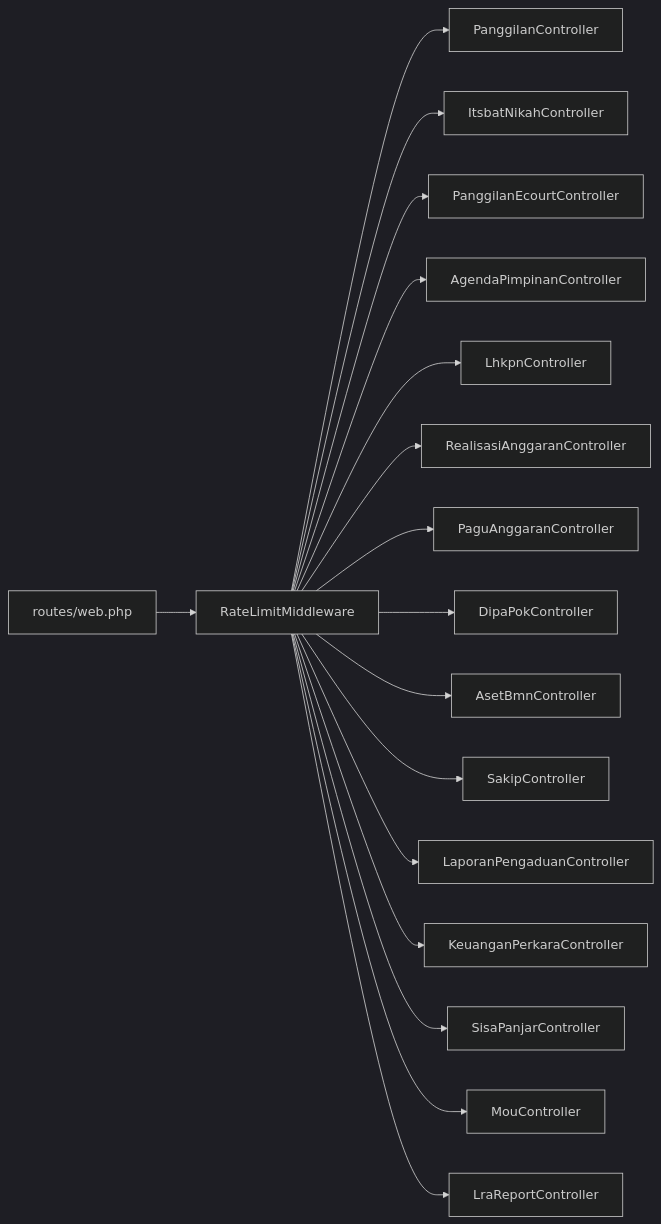
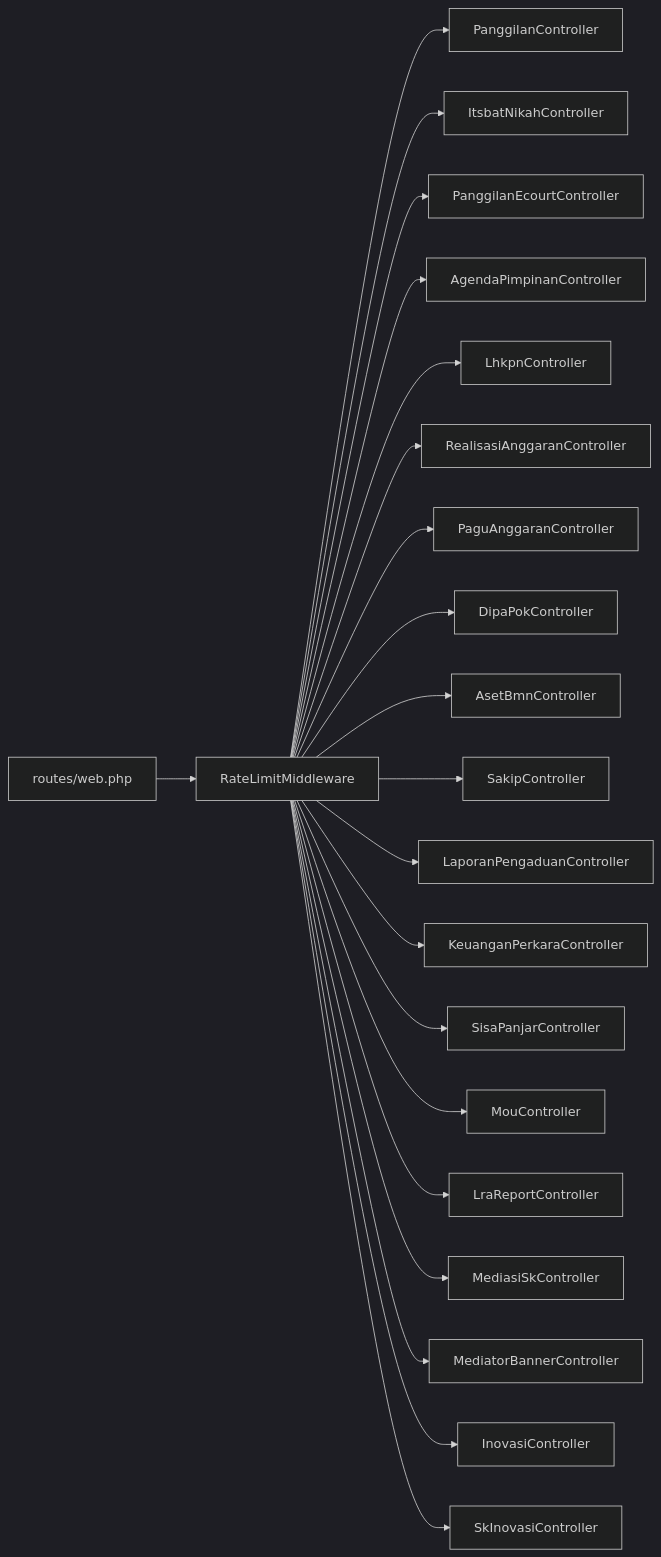
Before and after one commit to backuppapnj/api-web: the third of 3 diagrams in .qoder/repowiki/en/content/API Reference/Public Endpoints (Read-Only)/Public Endpoints (Read-Only).md, drawn with Mermaid (dark theme). The commit also changed other lines of this file and 13 other files, not shown here.

````diff
--- a/.qoder/repowiki/en/content/API Reference/Public Endpoints (Read-Only)/Public Endpoints (Read-Only).md
+++ b/.qoder/repowiki/en/content/API Reference/Public Endpoints (Read-Only)/Public Endpoints (Read-Only).md
@@ -498,19 +602,23 @@
 ```mermaid
 graph LR
 R["routes/web.php"] --> MW["RateLimitMiddleware"]
 MW --> C1["PanggilanController"]
 MW --> C2["ItsbatNikahController"]
 MW --> C3["PanggilanEcourtController"]
 MW --> C4["AgendaPimpinanController"]
 MW --> C5["LhkpnController"]
 MW --> C6["RealisasiAnggaranController"]
 MW --> C7["PaguAnggaranController"]
 MW --> C8["DipaPokController"]
 MW --> C9["AsetBmnController"]
 MW --> C10["SakipController"]
 MW --> C11["LaporanPengaduanController"]
 MW --> C12["KeuanganPerkaraController"]
 MW --> C13["SisaPanjarController"]
 MW --> C14["MouController"]
 MW --> C15["LraReportController"]
+MW --> C16["MediasiSkController"]
+MW --> C17["MediatorBannerController"]
+MW --> C18["InovasiController"]
+MW --> C19["SkInovasiController"]
 ```
````
